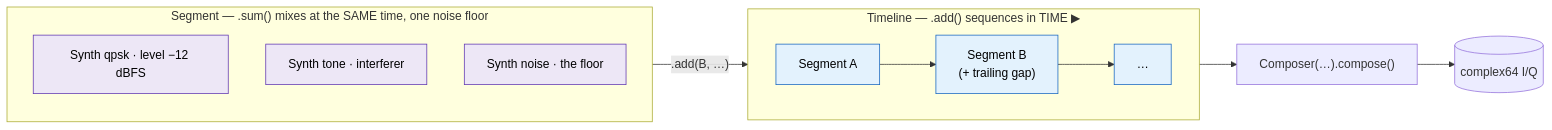
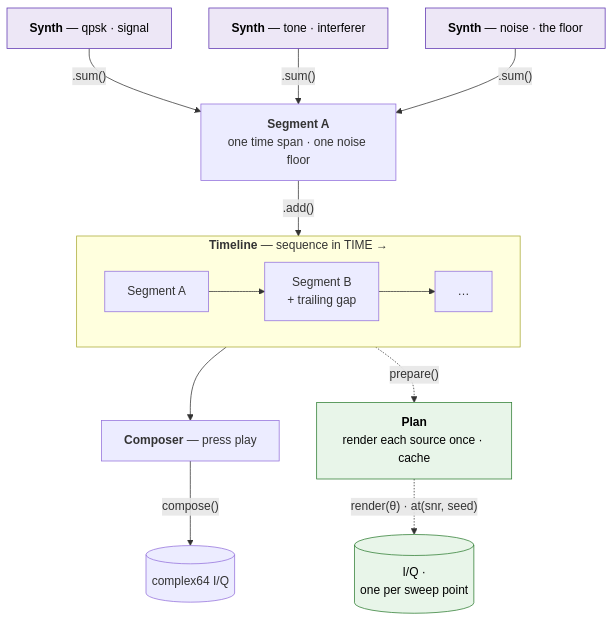
One commit to doppler-dsp/doppler changed the diagram in docs/guide/wfmgen/concepts.md. Above: the diagram before and after it, drawn with Mermaid. The commit also changed other lines of this file, not shown here.

First line of the commit message:
docs(wfmgen): rework the concepts diagram + add the Plan subsection

````diff
--- a/docs/guide/wfmgen/concepts.md
+++ b/docs/guide/wfmgen/concepts.md
@@ -13,20 +13,22 @@
 ```mermaid
-flowchart LR
-    subgraph SEG["Segment — .sum() mixes at the SAME time, one noise floor"]
-        direction TB
-        y1["Synth qpsk · level −12 dBFS"]
-        y2["Synth tone · interferer"]
-        y3["Synth noise · the floor"]
+flowchart TB
+    y1["<b>Synth</b> — qpsk · signal"]
+    y2["<b>Synth</b> — tone · interferer"]
+    y3["<b>Synth</b> — noise · the floor"]
+    y1 & y2 & y3 -->|".sum()"| SEG["<b>Segment A</b><br/>one time span · one noise floor"]
+    SEG -->|".add()"| TL
+    subgraph TL["<b>Timeline</b> — sequence in TIME →"]
+        direction LR
+        A["Segment A"] --> B["Segment B<br/>+ trailing gap"] --> C["…"]
     end
-    subgraph TL["Timeline — .add() sequences in TIME ▶"]
-        direction LR
-        sA["Segment A"] --> sB["Segment B<br/>(+ trailing gap)"] --> sC["…"]
-    end
-    SEG -- ".add(B, …)" --> sA
-    TL --> COMP["Composer(…).compose()"] --> IQ[("complex64 I/Q")]
+    TL --> COMP["<b>Composer</b> — press play"]
+    COMP -->|"compose()"| IQ[("complex64 I/Q")]
+
+    TL -. "prepare()" .-> PLAN["<b>Plan</b><br/>render each source once · cache"]
+    PLAN -. "render(θ) · at(snr, seed)" .-> SWEEP[("I/Q ·<br/>one per sweep point")]
 
     classDef syn fill:#ede7f6,stroke:#5e35b1,color:#000;
-    classDef seg fill:#e3f2fd,stroke:#1565c0,color:#000;
+    classDef plan fill:#e8f5e9,stroke:#2e7d32,color:#000;
     class y1,y2,y3 syn;
-    class sA,sB,sC seg;
+    class PLAN,SWEEP plan;
 ```
````
